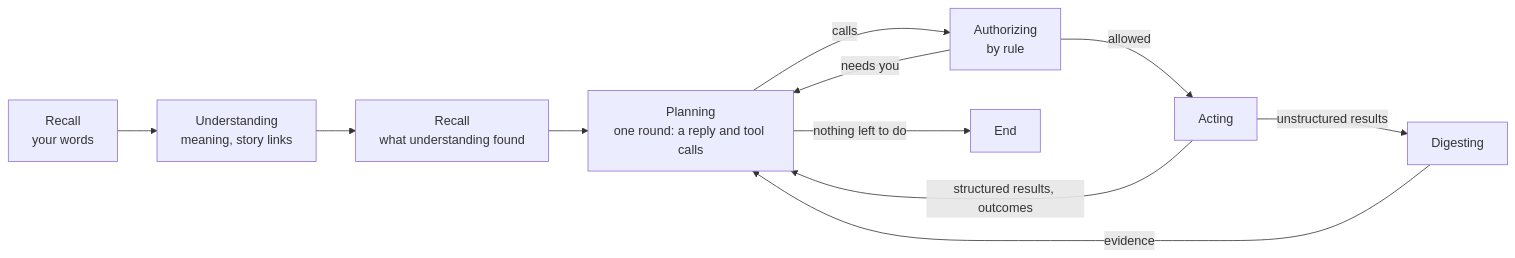
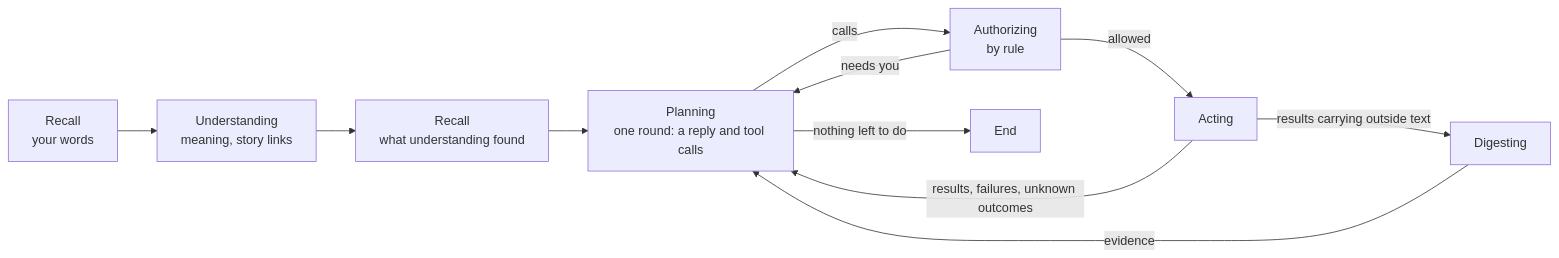
One commit to leonapivato/ai-assistant changed the diagram in docs/proposals/phases-after-understanding.md. Above: the diagram before and after it, drawn with Mermaid. The commit also changed other lines of this file, not shown here.

````diff
--- a/docs/proposals/phases-after-understanding.md
+++ b/docs/proposals/phases-after-understanding.md
@@ -34,13 +34,13 @@
 ```mermaid
 flowchart LR
     R1["Recall<br/>your words"] --> U["Understanding<br/>meaning, story links"]
     U --> R2["Recall<br/>what understanding found"]
     R2 --> P["Planning<br/>one round: a reply and tool calls"]
     P -->|"calls"| Z["Authorizing<br/>by rule"]
     Z -->|"allowed"| X["Acting"]
     Z -->|"needs you"| P
-    X -->|"structured results, outcomes"| P
-    X -->|"unstructured results"| D["Digesting"]
+    X -->|"results, failures, unknown outcomes"| P
+    X -->|"results carrying outside text"| D["Digesting"]
     D -->|"evidence"| P
     P -->|"nothing left to do"| E["End"]
 ```
````
